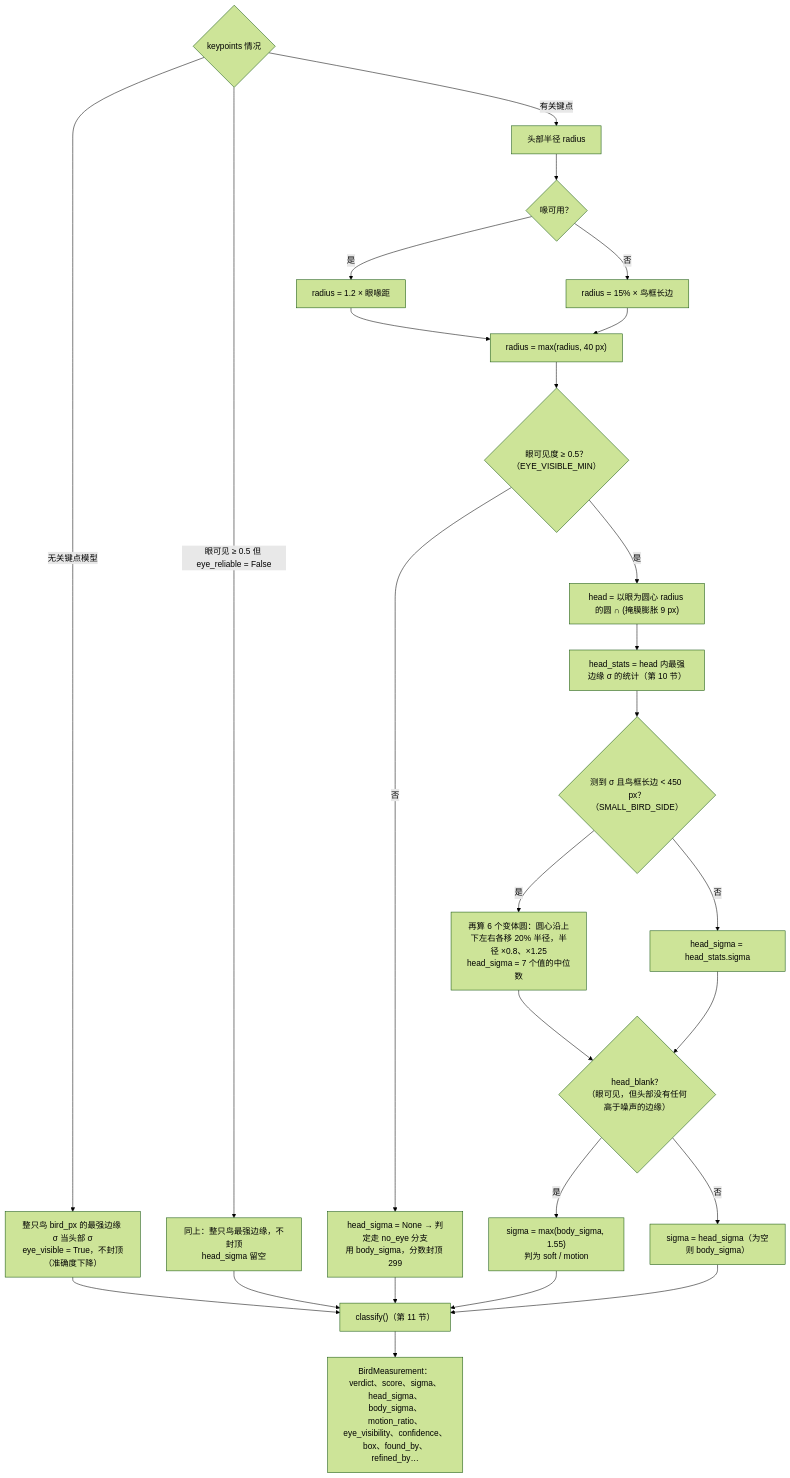
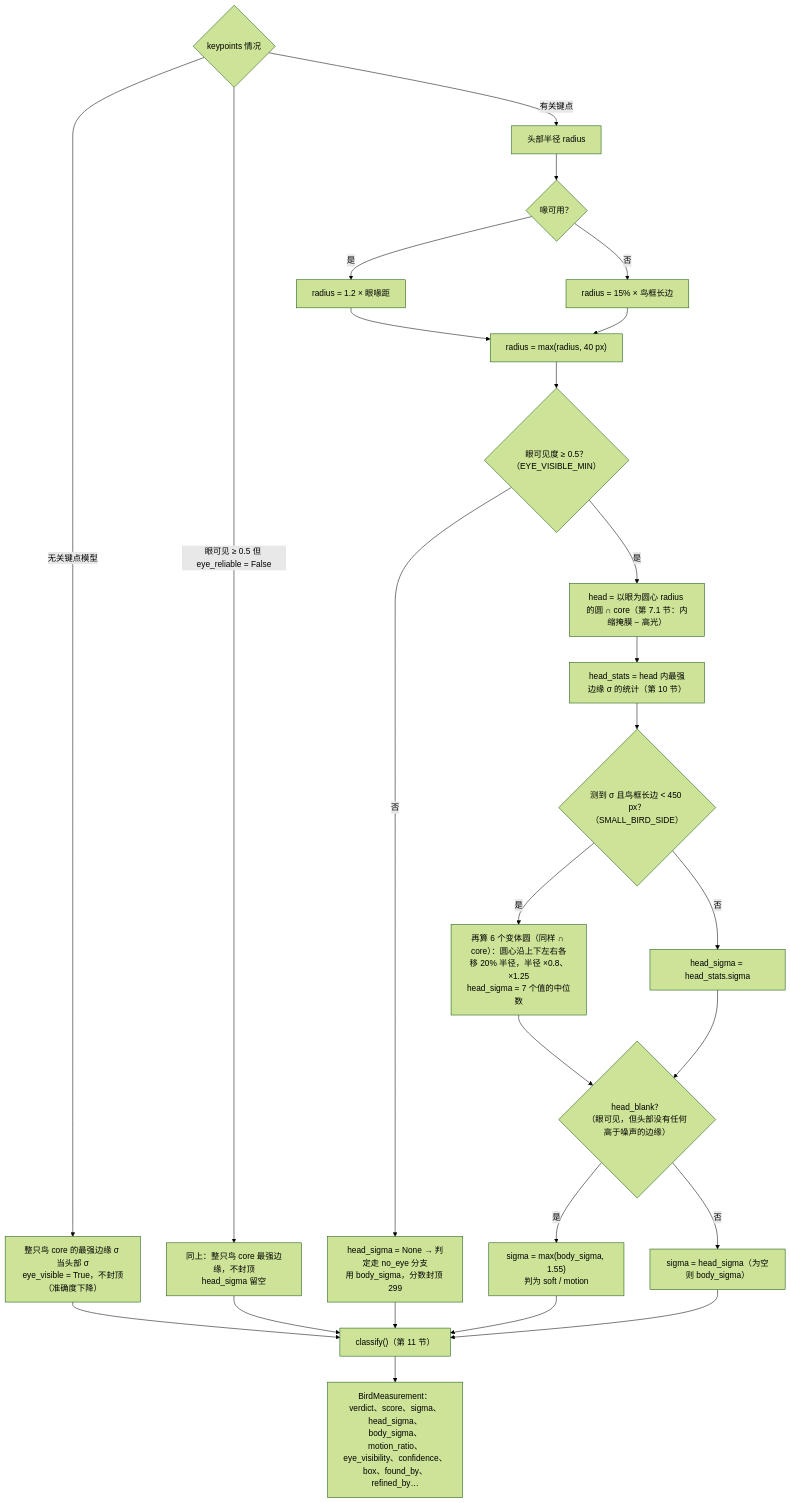
Before and after one commit to OscarKing888/SuperBirdTools: the tenth of 17 diagrams in docs/bird_sharpness_flowchart.md, drawn with Mermaid (forest theme). The commit also changed other lines of this file and 6 other files, not shown here.

````diff
--- a/docs/bird_sharpness_flowchart.md
+++ b/docs/bird_sharpness_flowchart.md
@@ -254,28 +260,28 @@
 ```mermaid
 flowchart TD
-    A{"keypoints 情况"} -->|无关键点模型| B["整只鸟 bird_px 的最强边缘 σ 当头部 σ<br/>eye_visible = True，不封顶（准确度下降）"]
-    A -->|眼可见 ≥ 0.5 但 eye_reliable = False| B2["同上：整只鸟最强边缘，不封顶<br/>head_sigma 留空"]
+    A{"keypoints 情况"} -->|无关键点模型| B["整只鸟 core 的最强边缘 σ 当头部 σ<br/>eye_visible = True，不封顶（准确度下降）"]
+    A -->|眼可见 ≥ 0.5 但 eye_reliable = False| B2["同上：整只鸟 core 最强边缘，不封顶<br/>head_sigma 留空"]
     A -->|有关键点| C["头部半径 radius"]
     C --> C1{"喙可用？"}
     C1 -->|是| C2["radius = 1.2 × 眼喙距"]
     C1 -->|否| C3["radius = 15% × 鸟框长边"]
     C2 --> C4["radius = max(radius, 40 px)"]
     C3 --> C4
     C4 --> D{"眼可见度 ≥ 0.5？（EYE_VISIBLE_MIN）"}
     D -->|否| E["head_sigma = None → 判定走 no_eye 分支<br/>用 body_sigma，分数封顶 299"]
-    D -->|是| F["head = 以眼为圆心 radius 的圆 ∩ (掩膜膨胀 9 px)"]
+    D -->|是| F["head = 以眼为圆心 radius 的圆 ∩ core（第 7.1 节：内缩掩膜 − 高光）"]
     F --> G["head_stats = head 内最强边缘 σ 的统计（第 10 节）"]
     G --> H{"测到 σ 且鸟框长边 < 450 px？（SMALL_BIRD_SIDE）"}
-    H -->|是| I["再算 6 个变体圆：圆心沿上下左右各移 20% 半径，半径 ×0.8、×1.25<br/>head_sigma = 7 个值的中位数"]
+    H -->|是| I["再算 6 个变体圆（同样 ∩ core）：圆心沿上下左右各移 20% 半径，半径 ×0.8、×1.25<br/>head_sigma = 7 个值的中位数"]
     H -->|否| J["head_sigma = head_stats.sigma"]
     I --> K
     J --> K{"head_blank？<br/>（眼可见，但头部没有任何高于噪声的边缘）"}
     K -->|是| L["sigma = max(body_sigma, 1.55)<br/>判为 soft / motion"]
     K -->|否| M["sigma = head_sigma（为空则 body_sigma）"]
     B --> N["classify()（第 11 节）"]
     B2 --> N
     E --> N
     L --> N
     M --> N
     N --> O["BirdMeasurement：verdict、score、sigma、head_sigma、body_sigma、<br/>motion_ratio、eye_visibility、confidence、box、found_by、refined_by…"]
 ```
````
